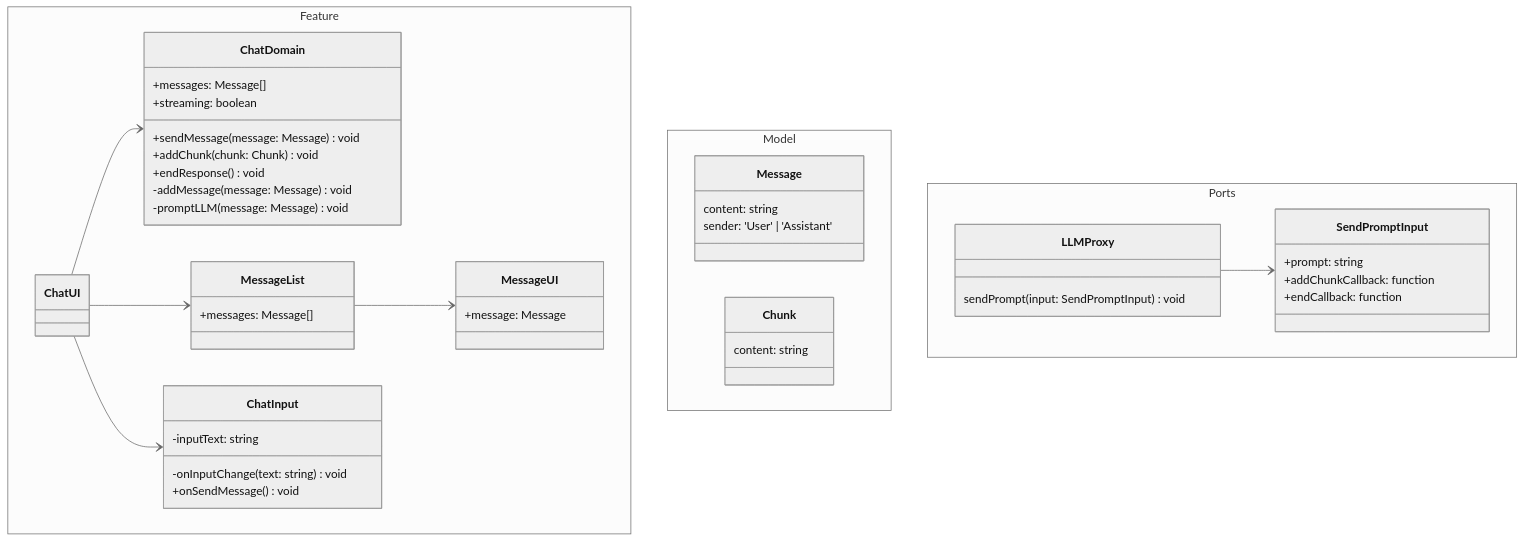
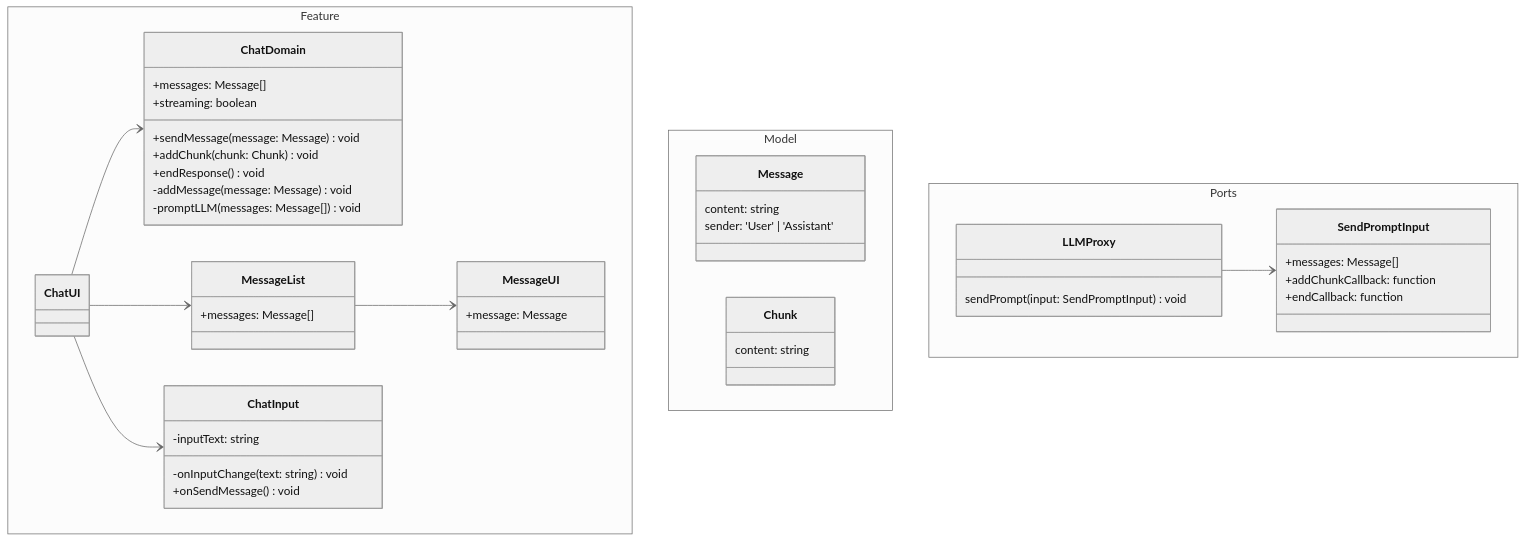
Before and after one commit to GautierBlandin/context-gpt: the diagram in libs/chat/src/features/chat/chat.state.mermaid, drawn with Mermaid (neutral theme). The commit also changed 3 other files, not shown here.

```diff
--- a/libs/chat/src/features/chat/chat.state.mermaid
+++ b/libs/chat/src/features/chat/chat.state.mermaid
@@ -1,60 +1,60 @@
 classDiagram
 
   namespace Feature {
     class ChatDomain {
       +messages: Message[]
       +streaming: boolean
       +sendMessage(message: Message)void
       +addChunk(chunk: Chunk)void
       +endResponse()void
       -addMessage(message: Message)void
-      -promptLLM(message: Message)void
+      -promptLLM(messages: Message[])void
     }
 
     class ChatUI {
     }
 
     class MessageList {
       +messages: Message[]
     }
 
     class MessageUI {
       +message: Message
     }
 
     class ChatInput {
       -inputText: string
       -onInputChange(text: string)void
       +onSendMessage()void
     }
   }
 
   namespace Model {
     class Message {
       content: string
       sender: 'User' | 'Assistant'
     }
 
     class Chunk {
       content: string
     }
   }
 
   namespace Ports {
     class LLMProxy {
       sendPrompt(input: SendPromptInput)void
     }
 
     class SendPromptInput {
-      +prompt: string
+      +messages: Message[]
       +addChunkCallback: function
       +endCallback: function
     }
   }
 
   ChatUI --> ChatDomain
   ChatUI --> MessageList
   MessageList --> MessageUI
   ChatUI --> ChatInput
 
   LLMProxy --> SendPromptInput
```
